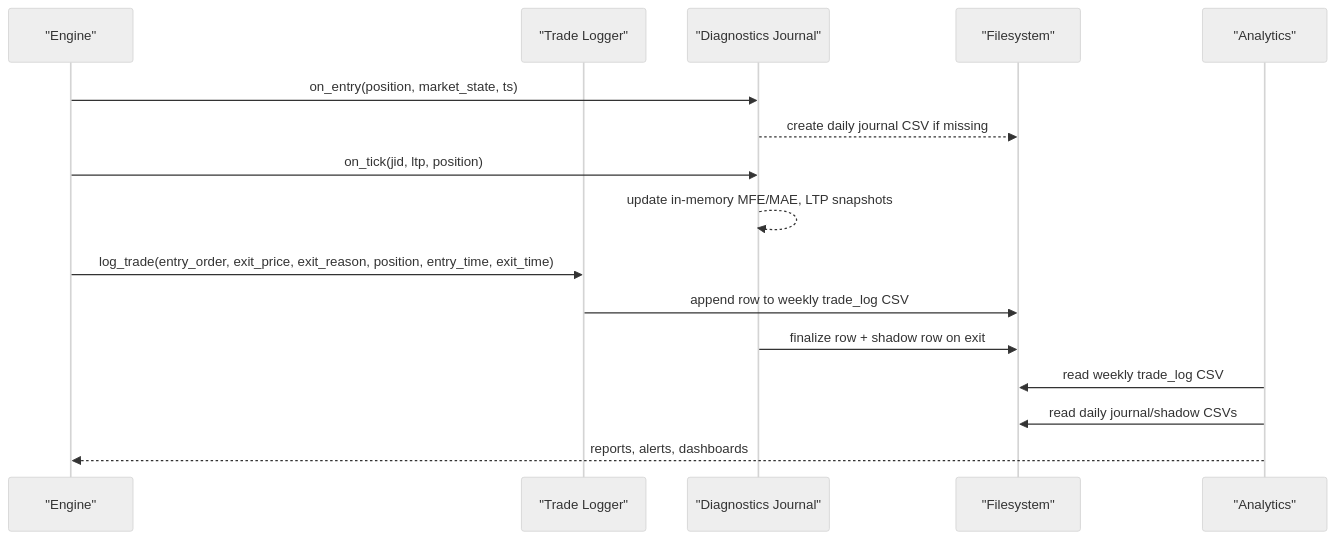
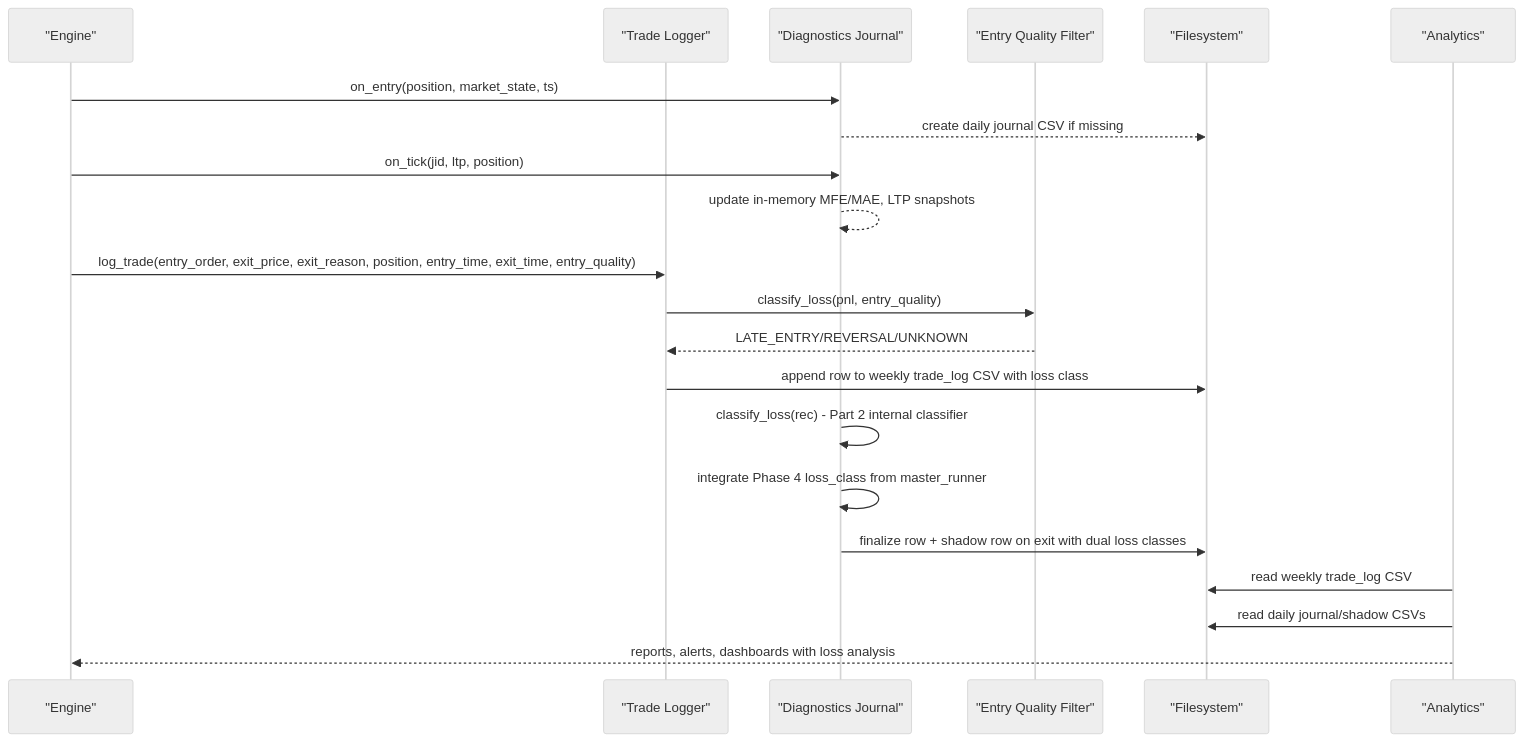
The second of 6 diagrams in .qoder/repowiki/en/content/Monitoring and Analytics/Trade Journaling.md (tauqeersiddiqui-art/tradingsystem), drawn with Mermaid (neutral theme) before and after one commit. The commit also changed other lines of this file and 71 other files, not shown here.

Commit message:
Add rejection-first entry quality filters, entry-quality ML target with fail-hard pipeline, post-trade loss classification, and reproducible Phase-8 backtest

````diff
--- a/.qoder/repowiki/en/content/Monitoring and Analytics/Trade Journaling.md
+++ b/.qoder/repowiki/en/content/Monitoring and Analytics/Trade Journaling.md
@@ -91,18 +106,23 @@
 ```mermaid
 sequenceDiagram
 participant Eng as "Engine"
 participant TL as "Trade Logger"
 participant TJ as "Diagnostics Journal"
+participant EQF as "Entry Quality Filter"
 participant FS as "Filesystem"
 participant AN as "Analytics"
 Eng->>TJ : on_entry(position, market_state, ts)
 TJ-->>FS : create daily journal CSV if missing
 Eng->>TJ : on_tick(jid, ltp, position)
 TJ-->>TJ : update in-memory MFE/MAE, LTP snapshots
-Eng->>TL : log_trade(entry_order, exit_price, exit_reason, position, entry_time, exit_time)
-TL->>FS : append row to weekly trade_log CSV
-TJ->>FS : finalize row + shadow row on exit
+Eng->>TL : log_trade(entry_order, exit_price, exit_reason, position, entry_time, exit_time, entry_quality)
+TL->>EQF : classify_loss(pnl, entry_quality)
+EQF-->>TL : LATE_ENTRY/REVERSAL/UNKNOWN
+TL->>FS : append row to weekly trade_log CSV with loss class
+TJ->>TJ : classify_loss(rec) - Part 2 internal classifier
+TJ->>TJ : integrate Phase 4 loss_class from master_runner
+TJ->>FS : finalize row + shadow row on exit with dual loss classes
 AN->>FS : read weekly trade_log CSV
 AN->>FS : read daily journal/shadow CSVs
-AN-->>Eng : reports, alerts, dashboards
+AN-->>Eng : reports, alerts, dashboards with loss analysis
 ```
````
